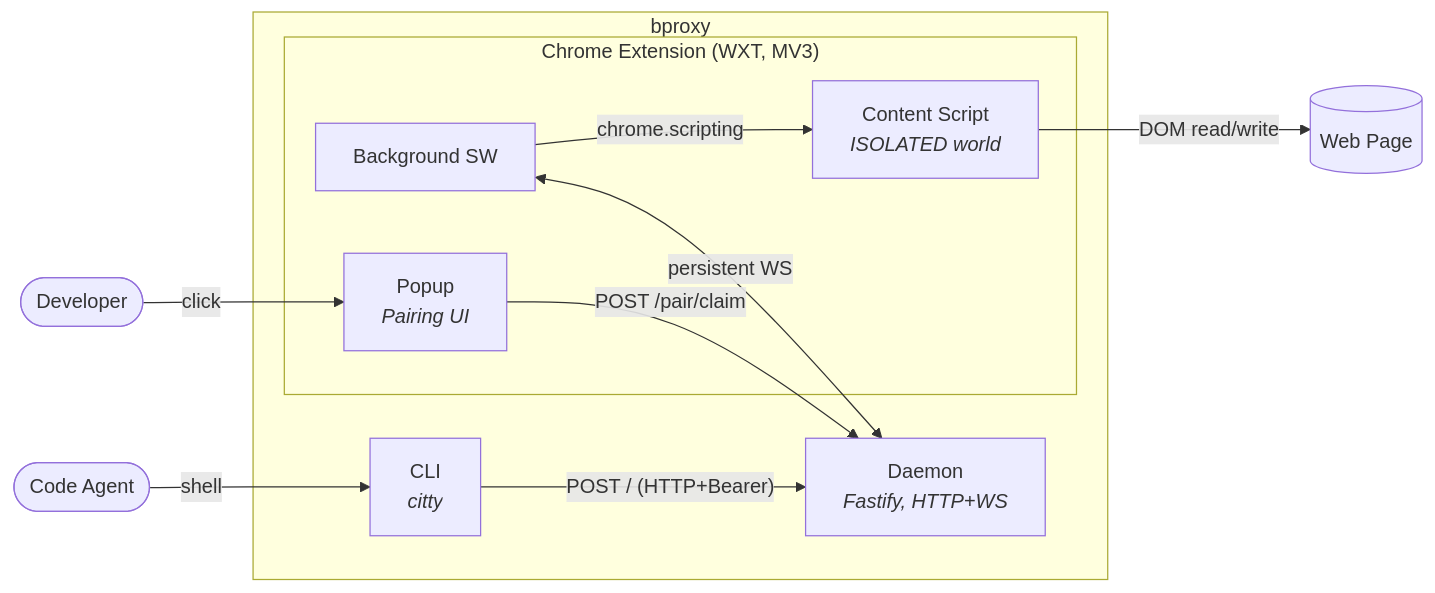
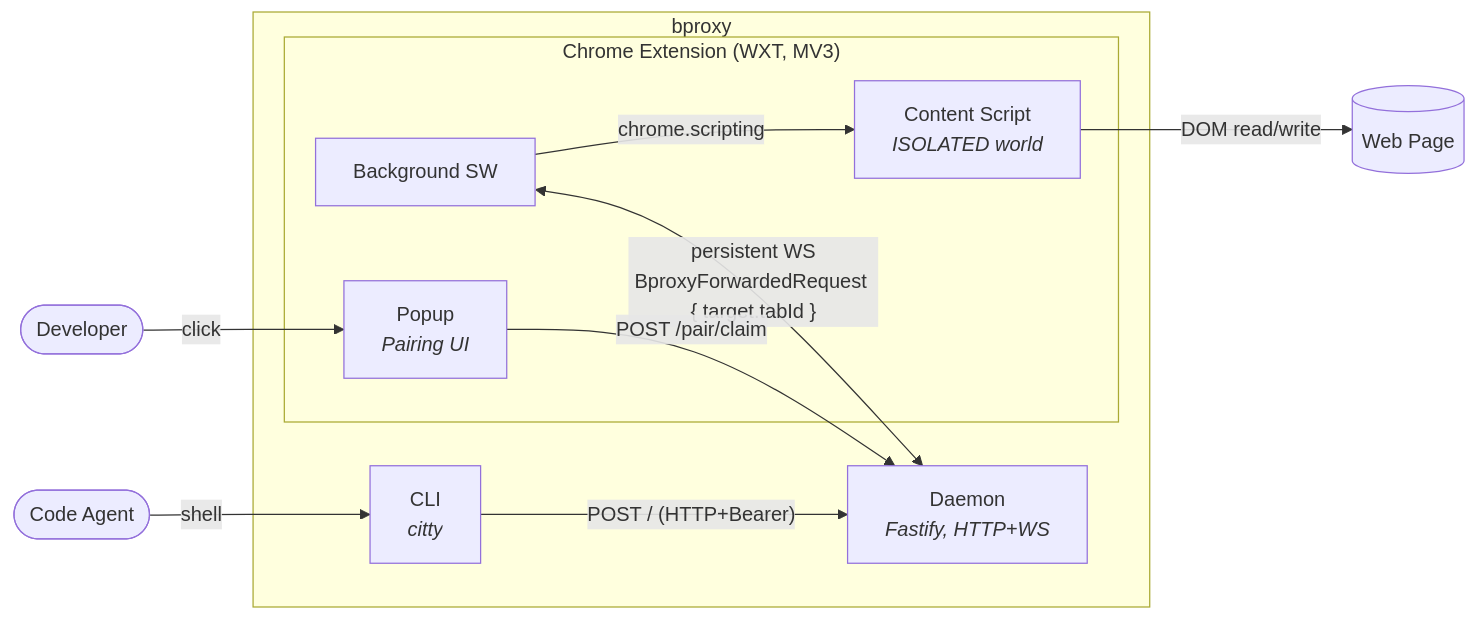
The diagram in docs/views/02-containers.md (dimdasci/bproxy), drawn with Mermaid before and after one commit. The commit also changed other lines of this file and 12 other files, not shown here.

````diff
--- a/docs/views/02-containers.md
+++ b/docs/views/02-containers.md
@@ -16,27 +16,28 @@
 ```mermaid
 flowchart LR
   Agent([Code Agent])
   User([Developer])
 
   subgraph bproxy ["bproxy"]
     CLI["CLI<br/><i>citty</i>"]
     Daemon["Daemon<br/><i>Fastify, HTTP+WS</i>"]
     subgraph Ext ["Chrome Extension (WXT, MV3)"]
       BG["Background SW"]
       CS["Content Script<br/><i>ISOLATED world</i>"]
       Popup["Popup<br/><i>Pairing UI</i>"]
     end
   end
 
   Page[("Web Page")]
 
   Agent -- "shell" --> CLI
   CLI -- "POST / (HTTP+Bearer)" --> Daemon
-  BG <-- "persistent WS" --> Daemon
+  BG <-- "persistent WS\nBproxyForwardedRequest { target.tabId }" --> Daemon
   BG -- "chrome.scripting" --> CS
   CS -- "DOM read/write" --> Page
   User -- "click" --> Popup
   Popup -- "POST /pair/claim" --> Daemon
 
   click Daemon "../auto/service-components.svg" "Inside the Daemon — component view" _blank
+  click Ext "../auto/extension-components.svg" "Inside the Extension — component view" _blank
 ```
````
